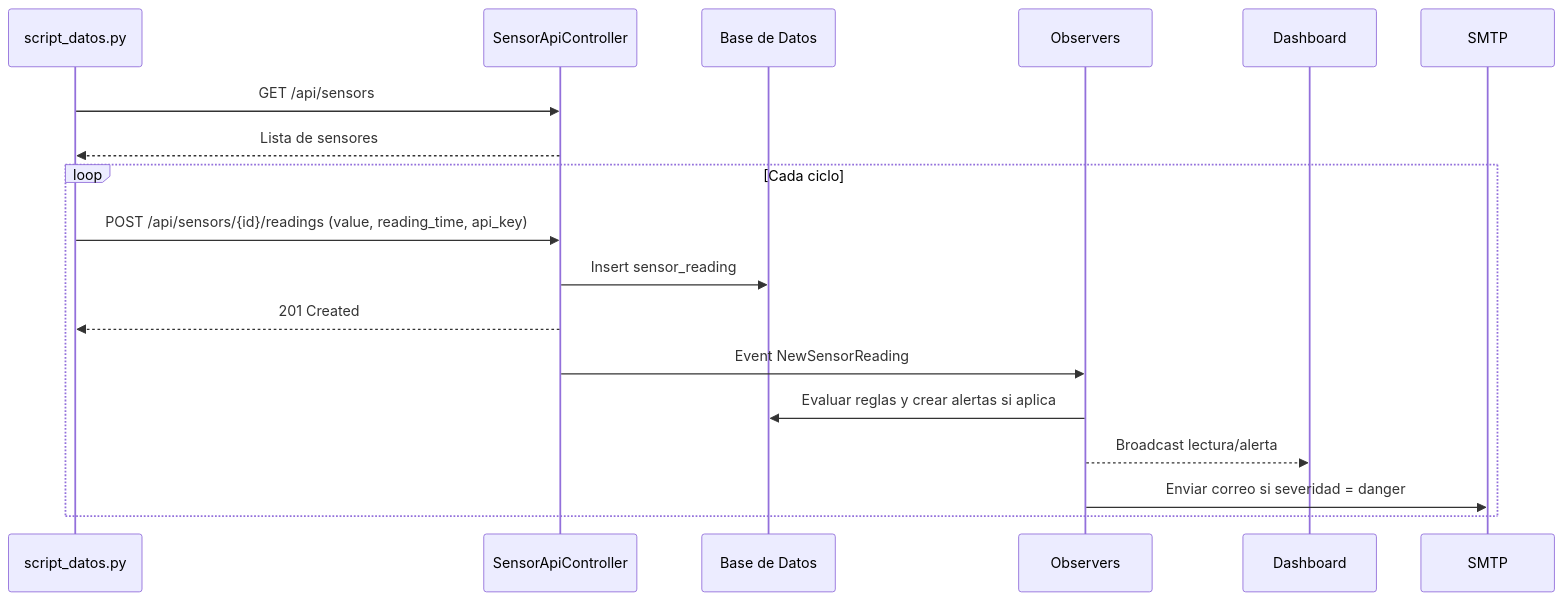
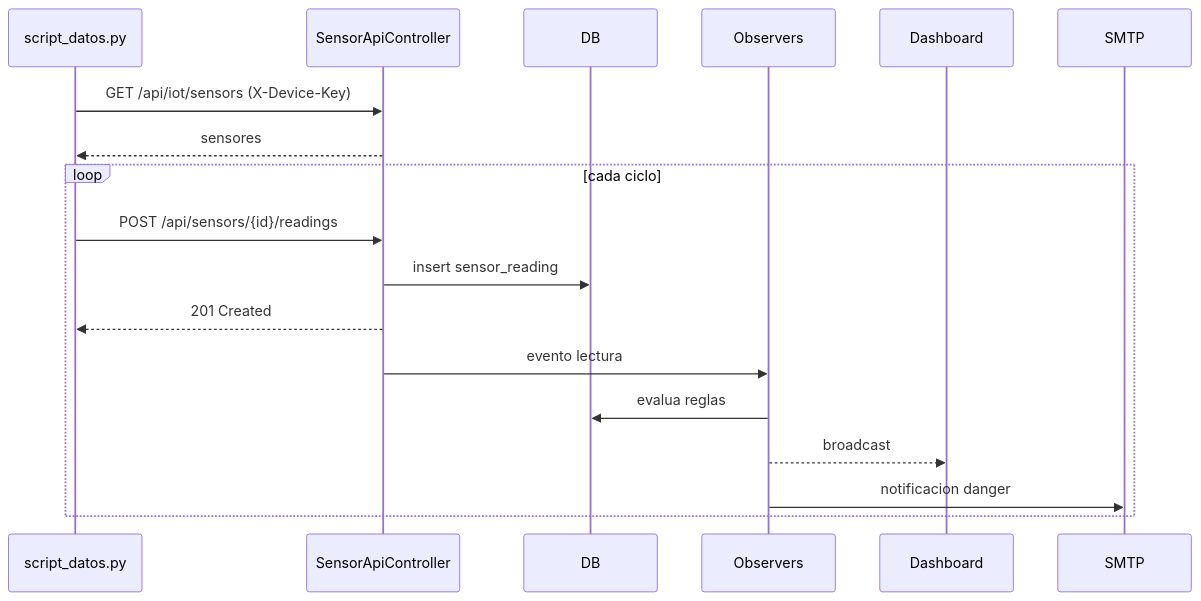
Before and after one commit to yojr23/iot-platform-v2: the second of 4 diagrams in DOCUMENTACION_PROYECTO.md, drawn with Mermaid. The commit also changed other lines of this file and 42 other files, not shown here.

````diff
--- a/DOCUMENTACION_PROYECTO.md
+++ b/DOCUMENTACION_PROYECTO.md
@@ -114,21 +95,22 @@
 ```mermaid
 sequenceDiagram
     participant Sim as script_datos.py
-    participant API as SensorApiController
-    participant DB as Base de Datos
+    participant Api as SensorApiController
+    participant Db as DB
     participant Obs as Observers
-    participant Dash as Dashboard
+    participant Ui as Dashboard
     participant Mail as SMTP
 
-    Sim->>API: GET /api/sensors
-    API-->>Sim: Lista de sensores
-    loop Cada ciclo
-        Sim->>API: POST /api/sensors/{id}/readings (value, reading_time, api_key)
-        API->>DB: Insert sensor_reading
-        API-->>Sim: 201 Created
-        API->>Obs: Event NewSensorReading
-        Obs->>DB: Evaluar reglas y crear alertas si aplica
-        Obs-->>Dash: Broadcast lectura/alerta
-        Obs->>Mail: Enviar correo si severidad = danger
+    Sim->>Api: GET /api/iot/sensors (X-Device-Key)
+    Api-->>Sim: sensores
+
+    loop cada ciclo
+        Sim->>Api: POST /api/sensors/{id}/readings
+        Api->>Db: insert sensor_reading
+        Api-->>Sim: 201 Created
+        Api->>Obs: evento lectura
+        Obs->>Db: evalua reglas
+        Obs-->>Ui: broadcast
+        Obs->>Mail: notificacion danger
     end
 ```
````
